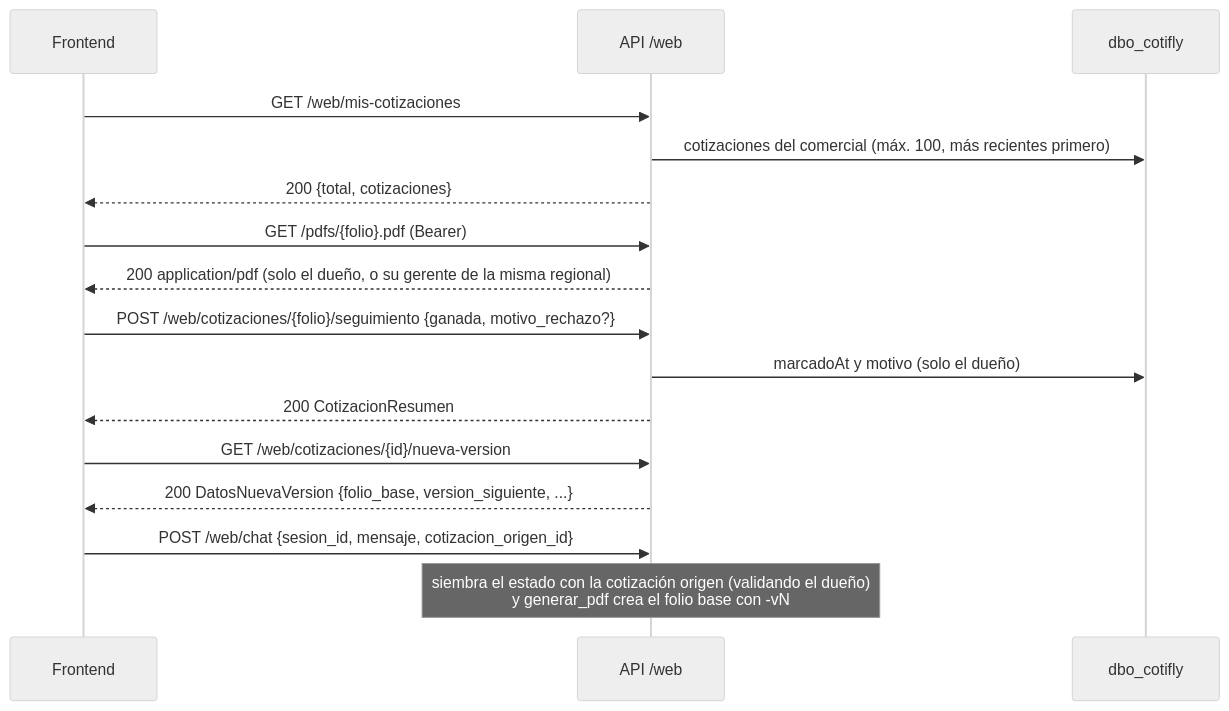
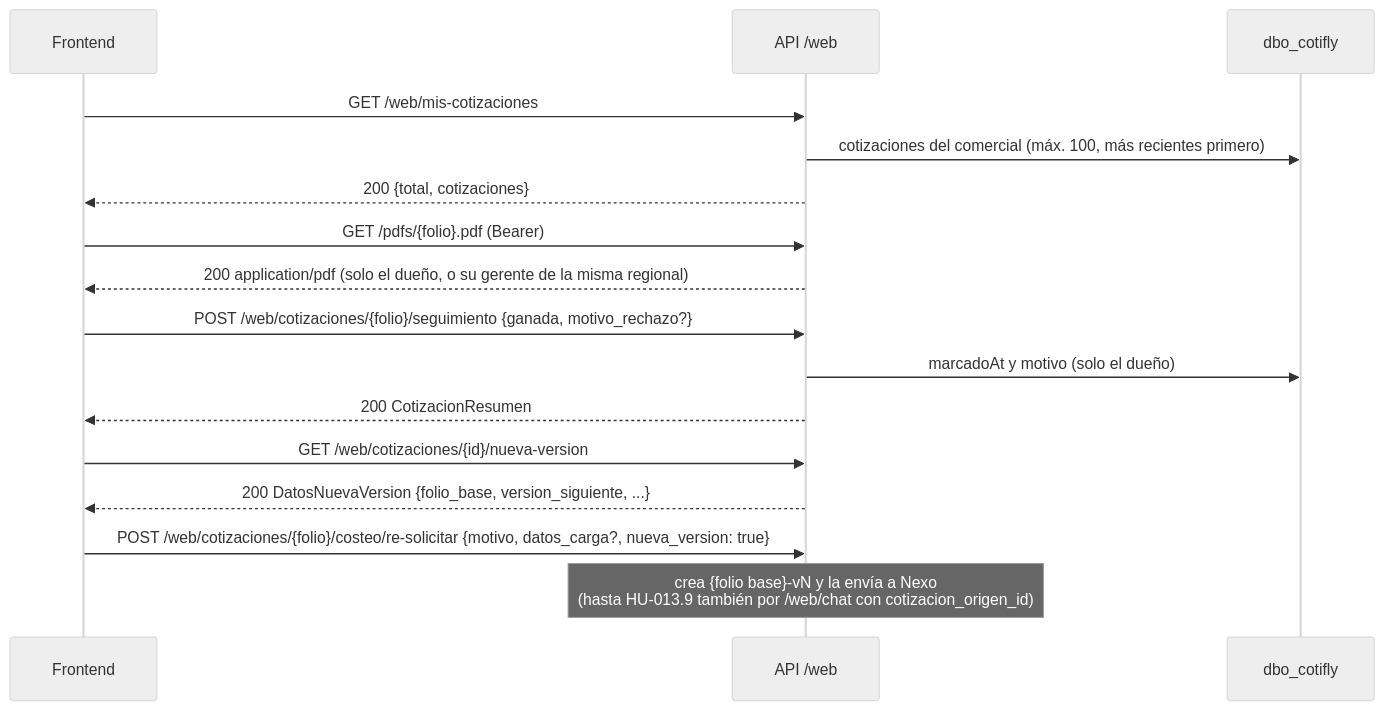
Before and after one commit to InnovacionIA-proyectos/Cotifly: the third of 6 diagrams in backend-dotnet/docs/04-flujo-del-sistema.md, drawn with Mermaid (neutral theme). The commit also changed other lines of this file and 31 other files, not shown here.

First line of the commit message:
docs(agente): ADR-011 reemplazado, ADR-018 §15 con el retiro completado y docs sin Google Chat (HU-013.9, #105)

````diff
--- a/backend-dotnet/docs/04-flujo-del-sistema.md
+++ b/backend-dotnet/docs/04-flujo-del-sistema.md
@@ -83,18 +72,18 @@
 ```mermaid
 sequenceDiagram
     participant F as Frontend
     participant A as API /web
     participant D as dbo_cotifly
     F->>A: GET /web/mis-cotizaciones
     A->>D: cotizaciones del comercial (máx. 100, más recientes primero)
     A-->>F: 200 {total, cotizaciones}
     F->>A: GET /pdfs/{folio}.pdf (Bearer)
     A-->>F: 200 application/pdf (solo el dueño, o su gerente de la misma regional)
     F->>A: POST /web/cotizaciones/{folio}/seguimiento {ganada, motivo_rechazo?}
     A->>D: marcadoAt y motivo (solo el dueño)
     A-->>F: 200 CotizacionResumen
     F->>A: GET /web/cotizaciones/{id}/nueva-version
     A-->>F: 200 DatosNuevaVersion {folio_base, version_siguiente, ...}
-    F->>A: POST /web/chat {sesion_id, mensaje, cotizacion_origen_id}
-    Note over A: siembra el estado con la cotización origen (validando el dueño)<br/>y generar_pdf crea el folio base con -vN
+    F->>A: POST /web/cotizaciones/{folio}/costeo/re-solicitar {motivo, datos_carga?, nueva_version: true}
+    Note over A: crea {folio base}-vN y la envía a Nexo<br/>(hasta HU-013.9 también por /web/chat con cotizacion_origen_id)
 ```
````
